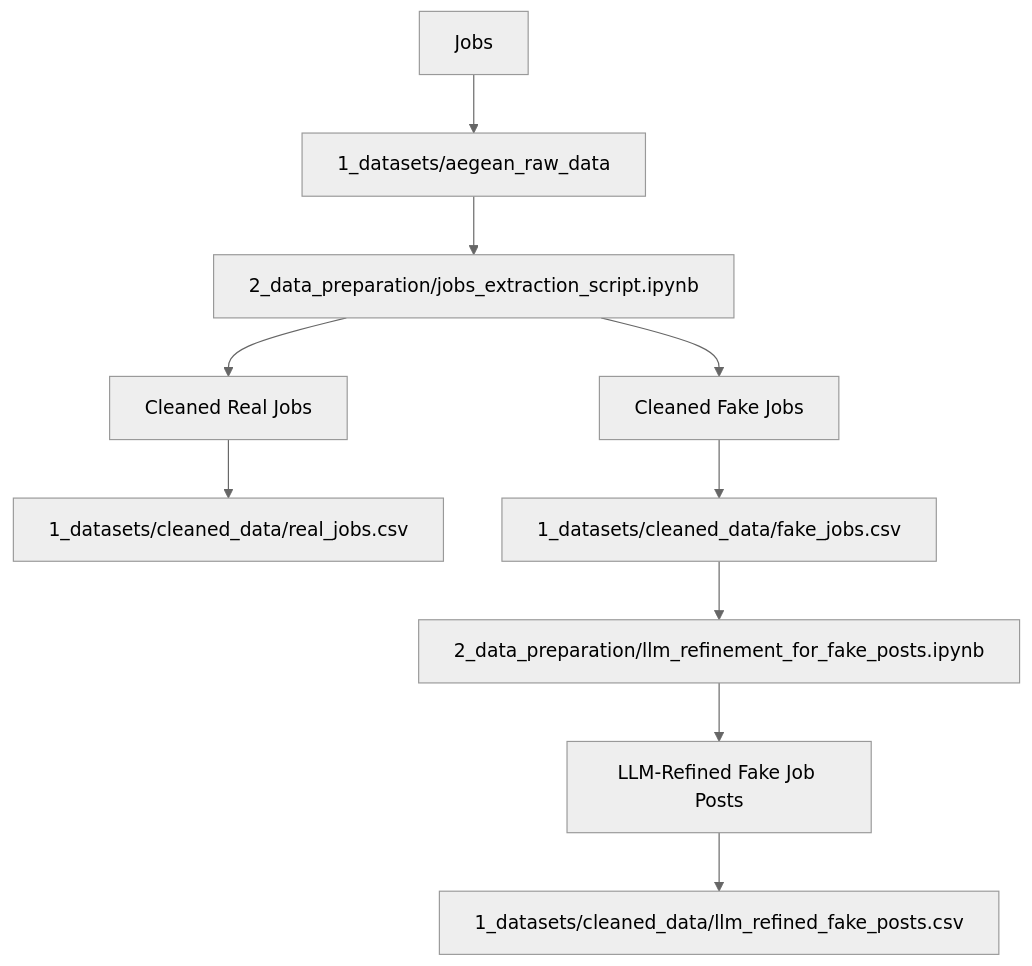
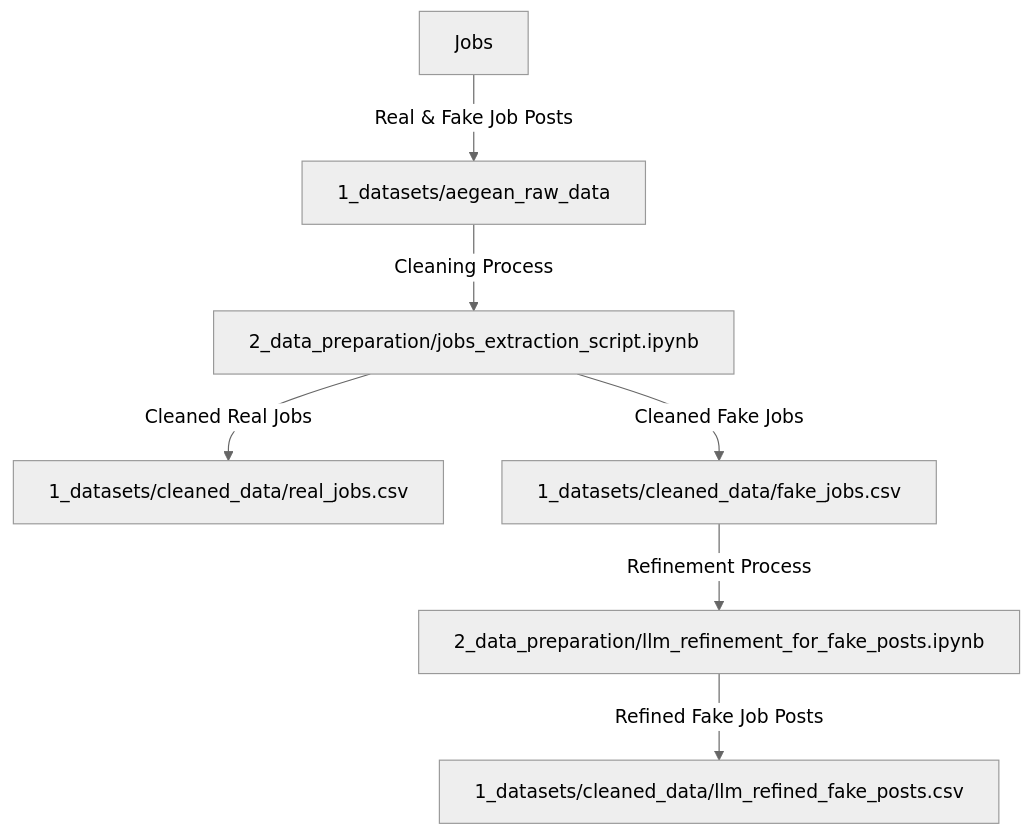
Before and after one commit to MIT-Emerging-Talent/ET6-CDSP-group-21-repo: the first of 2 diagrams in 2_data_preparation/README.md, drawn with Mermaid (neutral theme). The commit also changed other lines of this file, not shown here.

Commit message:
added more details on data preparation

````diff
--- a/2_data_preparation/README.md
+++ b/2_data_preparation/README.md
@@ -55,13 +68,9 @@
 ```mermaid
 graph TD
-    A[Jobs] --> B[1_datasets/aegean_raw_data]
-    B --> C[2_data_preparation/jobs_extraction_script.ipynb]
-    C --> E[Cleaned Real Jobs]
-    C --> F[Cleaned Fake Jobs]
-    E --> G[1_datasets/cleaned_data/real_jobs.csv]
-    F --> H[1_datasets/cleaned_data/fake_jobs.csv]
-    H --> I[2_data_preparation/llm_refinement_for_fake_posts.ipynb]
-    I --> J[LLM-Refined Fake Job Posts]
-    J --> K[1_datasets/cleaned_data/llm_refined_fake_posts.csv]
-
+    A[Jobs] --Real & Fake Job Posts--> B[1_datasets/aegean_raw_data]
+    B --Cleaning Process--> C[2_data_preparation/jobs_extraction_script.ipynb]
+    C --Cleaned Real Jobs--> E[1_datasets/cleaned_data/real_jobs.csv]
+    C --Cleaned Fake Jobs--> F[1_datasets/cleaned_data/fake_jobs.csv]
+    F --Refinement Process--> G[2_data_preparation/llm_refinement_for_fake_posts.ipynb]
+    G --Refined Fake Job Posts--> H[1_datasets/cleaned_data/llm_refined_fake_posts.csv]
 ```
````
